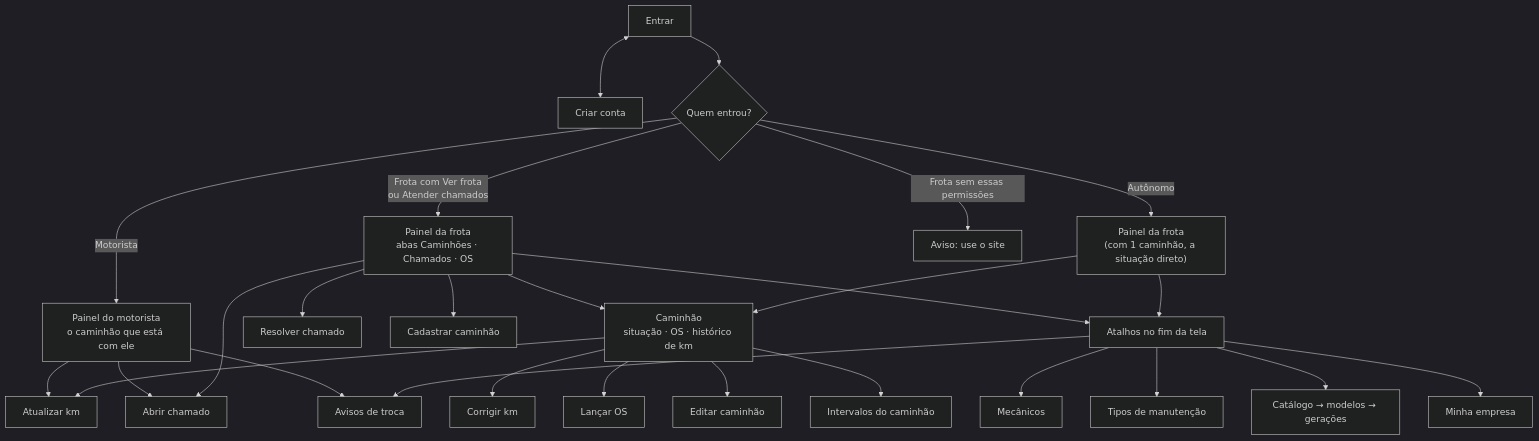
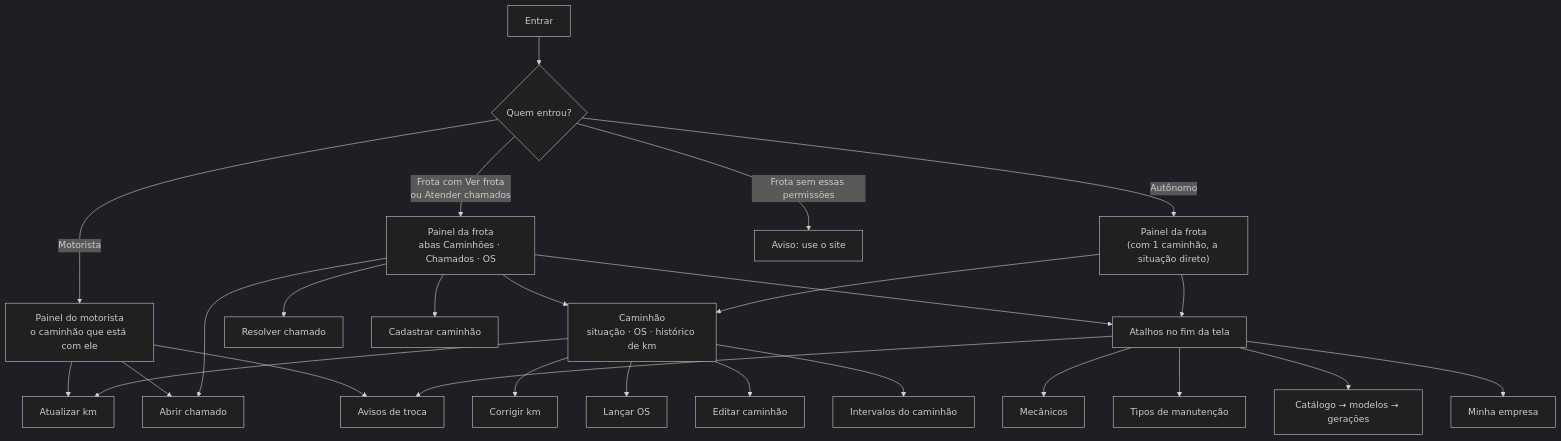
The second of 2 diagrams in docs/telas.md (LeandroPoletti/CheckTruck), drawn with Mermaid (dark theme) before and after one commit. The commit also changed other lines of this file and 38 other files, not shown here.

Commit message:
Empresas cadastradas pelo dono do sistema e fim do Criar conta

````diff
--- a/docs/telas.md
+++ b/docs/telas.md
@@ -47,33 +53,32 @@
 ```mermaid
 flowchart TB
-    login["Entrar"] <--> criar["Criar conta"]
-    login --> inicio{"Quem entrou?"}
+    login["Entrar"] --> inicio{"Quem entrou?"}
 
     inicio -->|Motorista| mot["Painel do motorista<br/>o caminhão que está com ele"]
     inicio -->|"Frota com Ver frota<br/>ou Atender chamados"| frota["Painel da frota<br/>abas Caminhões · Chamados · OS"]
     inicio -->|Autônomo| aut["Painel da frota<br/>(com 1 caminhão, a situação direto)"]
     inicio -->|"Frota sem essas permissões"| site["Aviso: use o site"]
 
     mot --> km["Atualizar km"]
     mot --> abrir["Abrir chamado"]
     mot --> avisos["Avisos de troca"]
 
     frota --> det["Caminhão<br/>situação · OS · histórico de km"]
     aut --> det
     det --> km
     det --> corrigir["Corrigir km"]
     det --> lancar["Lançar OS"]
     det --> cadCam["Editar caminhão"]
     det --> ints["Intervalos do caminhão"]
     frota --> abrir
     frota --> resolver["Resolver chamado"]
     frota --> novo["Cadastrar caminhão"]
 
     frota --> atalhos["Atalhos no fim da tela"]
     aut --> atalhos
     atalhos --> avisos
     atalhos --> mec["Mecânicos"]
     atalhos --> tipos["Tipos de manutenção"]
     atalhos --> catalogo["Catálogo → modelos → gerações"]
     atalhos --> emp["Minha empresa"]
 ```
````
